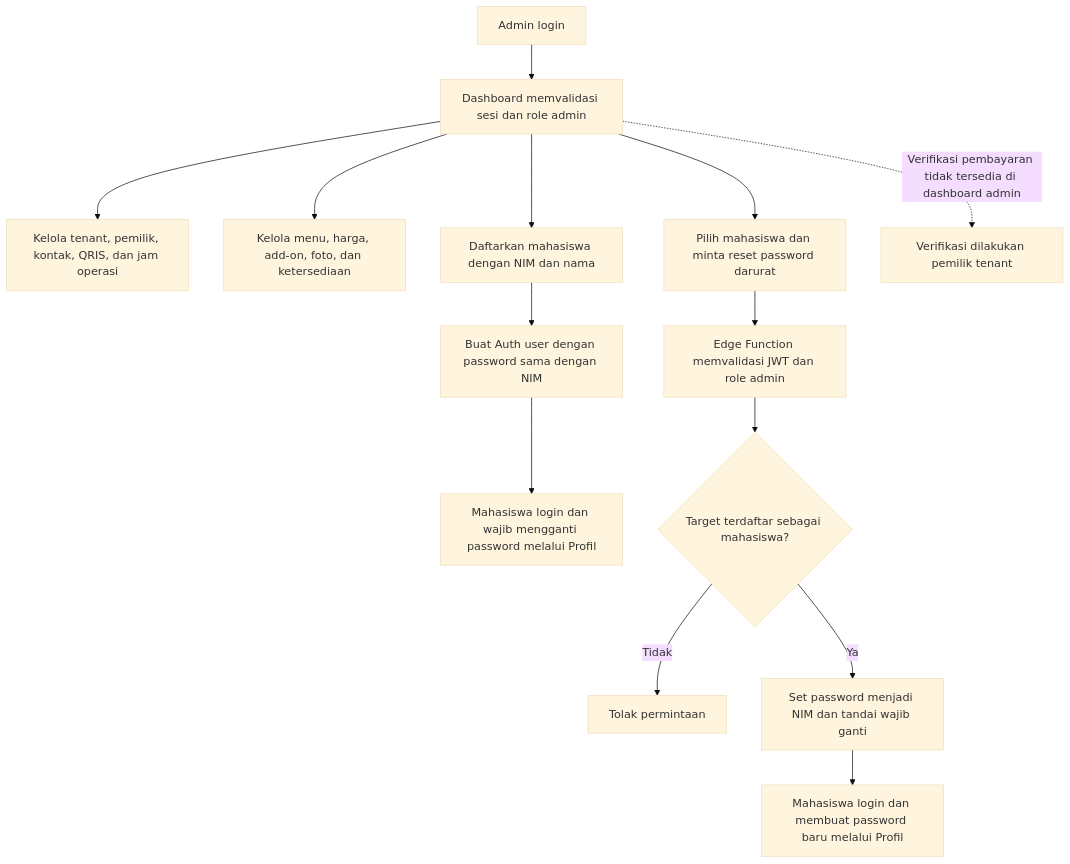
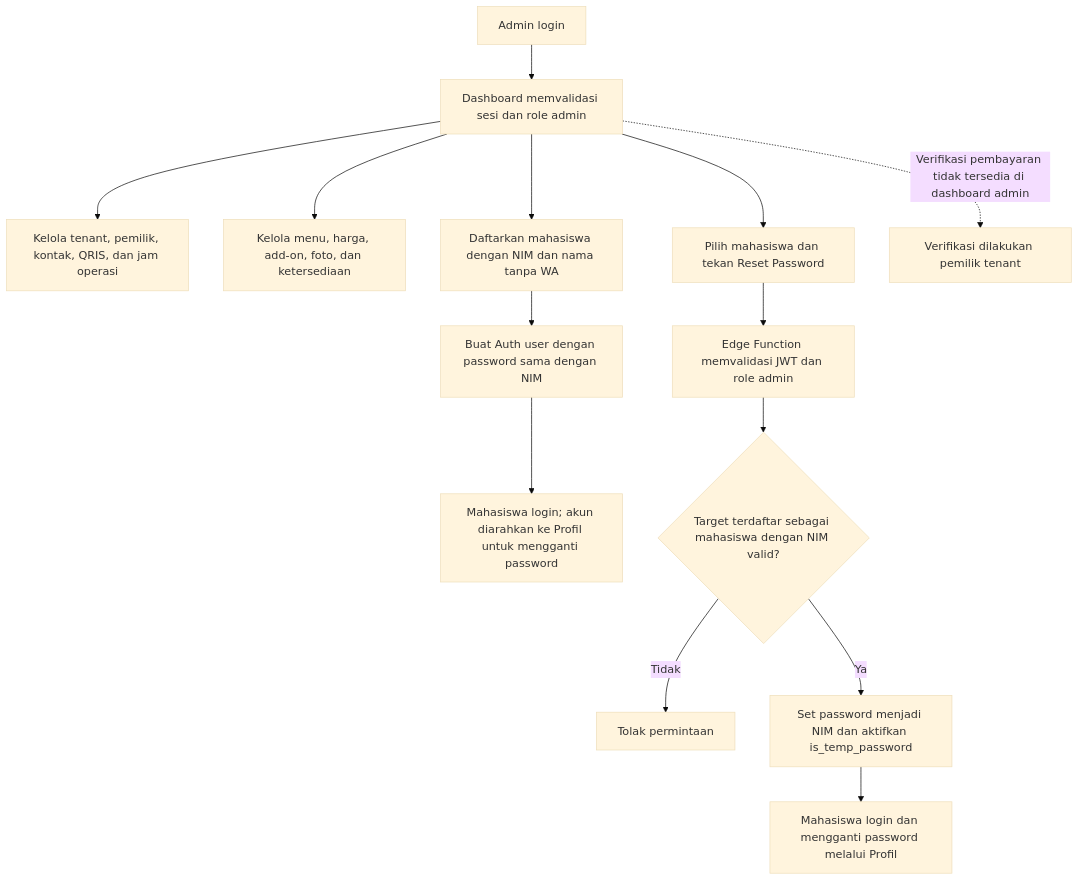
The fifth of 7 diagrams in FLOWCHART.md (nandayudhistirawibowo/SiKantin), drawn with Mermaid (base theme) before and after one commit. The commit also changed other lines of this file and 4 other files, not shown here.

````diff
--- a/FLOWCHART.md
+++ b/FLOWCHART.md
@@ -104,16 +110,16 @@
 ```mermaid
 flowchart TD
     A[Admin login] --> B[Dashboard memvalidasi sesi dan role admin]
     B --> C[Kelola tenant, pemilik, kontak, QRIS, dan jam operasi]
     B --> D[Kelola menu, harga, add-on, foto, dan ketersediaan]
-    B --> E[Daftarkan mahasiswa dengan NIM dan nama]
+    B --> E[Daftarkan mahasiswa dengan NIM dan nama tanpa WA]
     E --> F[Buat Auth user dengan password sama dengan NIM]
-    F --> G[Mahasiswa login dan wajib mengganti password melalui Profil]
-    B --> I[Pilih mahasiswa dan minta reset password darurat]
-    I --> J[Edge Function memvalidasi JWT dan role admin]
-    J --> K{Target terdaftar sebagai mahasiswa?}
-    K -- Tidak --> L[Tolak permintaan]
-    K -- Ya --> M[Set password menjadi NIM dan tandai wajib ganti]
-    M --> N[Mahasiswa login dan membuat password baru melalui Profil]
-    B -. Verifikasi pembayaran tidak tersedia di dashboard admin .-> O[Verifikasi dilakukan pemilik tenant]
+    F --> G[Mahasiswa login; akun diarahkan ke Profil untuk mengganti password]
+    B --> H[Pilih mahasiswa dan tekan Reset Password]
+    H --> I[Edge Function memvalidasi JWT dan role admin]
+    I --> J{Target terdaftar sebagai mahasiswa dengan NIM valid?}
+    J -- Tidak --> K[Tolak permintaan]
+    J -- Ya --> L[Set password menjadi NIM dan aktifkan is_temp_password]
+    L --> M[Mahasiswa login dan mengganti password melalui Profil]
+    B -. Verifikasi pembayaran tidak tersedia di dashboard admin .-> N[Verifikasi dilakukan pemilik tenant]
 ```
````
